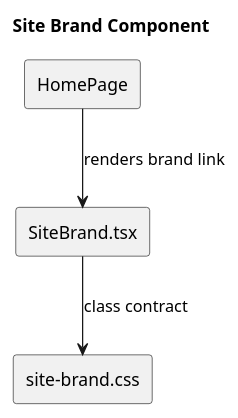
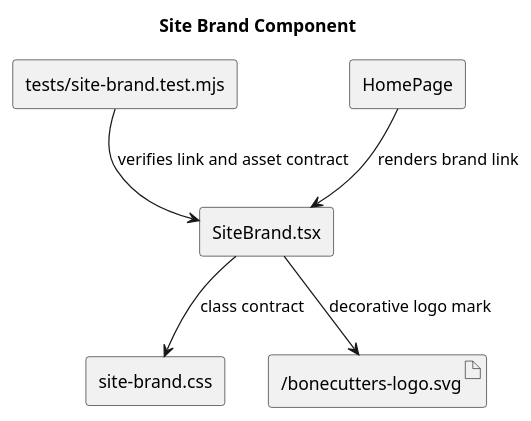
The diagram in client/src/components/site-brand/site-brand.puml (bonecutter-hierophant/Bonecutters), drawn with PlantUML before and after one commit. The commit also changed 20 other files, not shown here.

```diff
--- a/client/src/components/site-brand/site-brand.puml
+++ b/client/src/components/site-brand/site-brand.puml
@@ -1,12 +1,16 @@
 @startuml
 title Site Brand Component
 skinparam componentStyle rectangle
 
 component "SiteBrand.tsx" as SiteBrand
 component "site-brand.css" as Styles
+component "tests/site-brand.test.mjs" as Tests
 component "HomePage" as HomePage
+artifact "/bonecutters-logo.svg" as Logo
 
 HomePage --> SiteBrand : renders brand link
+SiteBrand --> Logo : decorative logo mark
 SiteBrand --> Styles : class contract
+Tests --> SiteBrand : verifies link and asset contract
 
 @enduml
```
